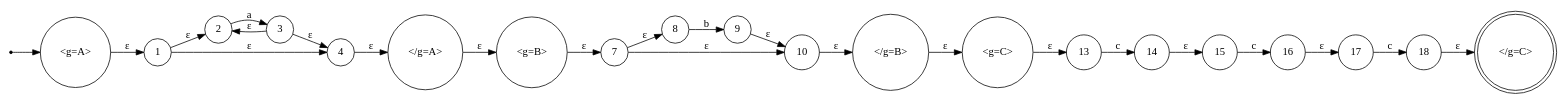
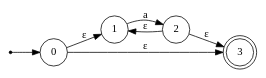
One commit to konstantin2506/automata_theory changed the diagram in lab2/nfa.dot. Above: the diagram before and after it, drawn with Graphviz. The commit also changed 11 other files, not shown here.

```diff
--- a/lab2/nfa.dot
+++ b/lab2/nfa.dot
@@ -1,48 +1,15 @@
 digraph NFA {
     rankdir=LR;
     node [shape=circle];
     start [shape=point];
-    0 [label="<g=A>"];
+    0 [label="0"];
     1 [label="1"];
     2 [label="2"];
-    3 [label="3"];
-    4 [label="4"];
-    5 [label="</g=A>"];
-    6 [label="<g=B>"];
-    7 [label="7"];
-    8 [label="8"];
-    9 [label="9"];
-    10 [label="10"];
-    11 [label="</g=B>"];
-    12 [label="<g=C>"];
-    13 [label="13"];
-    14 [label="14"];
-    15 [label="15"];
-    16 [label="16"];
-    17 [label="17"];
-    18 [label="18"];
-    19 [label="</g=C>", shape=doublecircle];
-    18 -> 19 [label="ε"];
-    17 -> 18 [label="c"];
-    16 -> 17 [label="ε"];
-    15 -> 16 [label="c"];
-    14 -> 15 [label="ε"];
-    13 -> 14 [label="c"];
-    12 -> 13 [label="ε"];
-    11 -> 12 [label="ε"];
-    10 -> 11 [label="ε"];
-    9 -> 10 [label="ε"];
-    8 -> 9 [label="b"];
-    7 -> 8 [label="ε"];
-    7 -> 10 [label="ε"];
-    6 -> 7 [label="ε"];
-    5 -> 6 [label="ε"];
-    4 -> 5 [label="ε"];
-    3 -> 4 [label="ε"];
-    3 -> 2 [label="ε"];
-    2 -> 3 [label="a"];
-    1 -> 2 [label="ε"];
-    1 -> 4 [label="ε"];
+    3 [label="3", shape=doublecircle];
+    2 -> 3 [label="ε"];
+    2 -> 1 [label="ε"];
+    1 -> 2 [label="a"];
     0 -> 1 [label="ε"];
+    0 -> 3 [label="ε"];
     start -> 0;
 }
```
